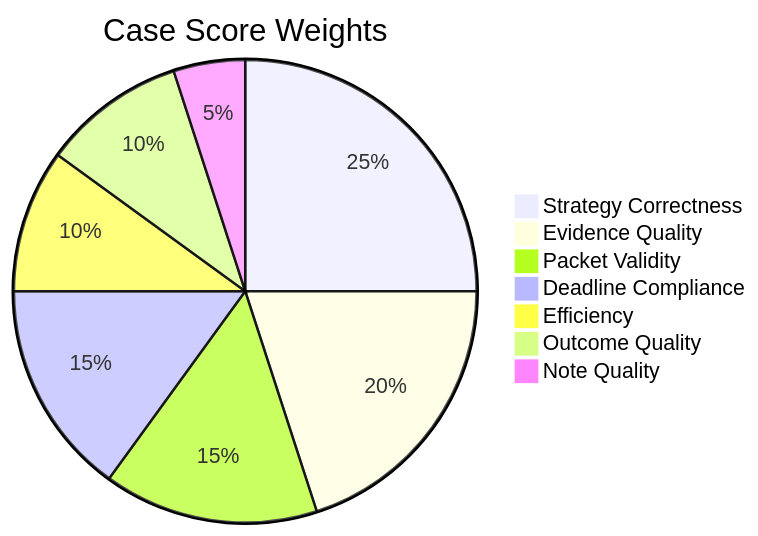
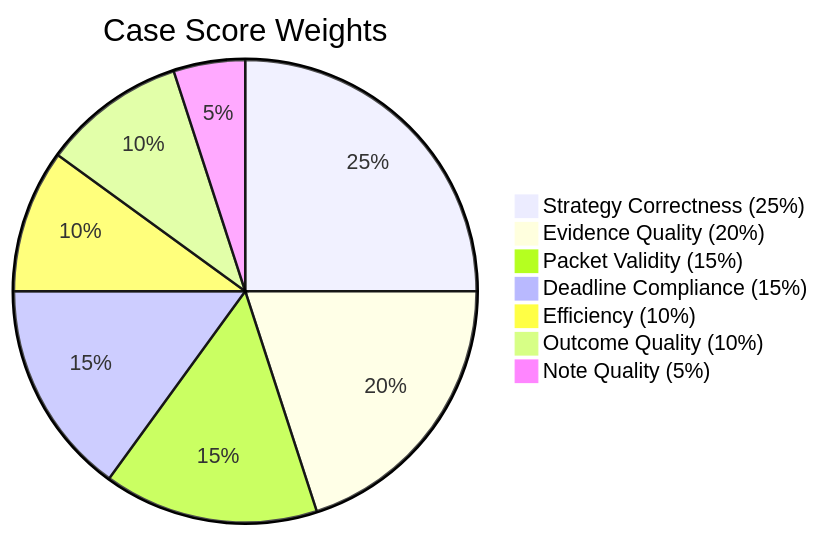
Before and after one commit to MitudruDutta/chargebackops: the fifth of 6 diagrams in README.md, drawn with Mermaid. The commit also changed other lines of this file and 4 other files, not shown here.

First line of the commit message:
Enhance chargeback dispute handling system with improved architecture and decision-making processes

````diff
--- a/README.md
+++ b/README.md
@@ -109,10 +201,10 @@
 ```mermaid
 pie title Case Score Weights
-    "Strategy Correctness" : 25
-    "Evidence Quality" : 20
-    "Packet Validity" : 15
-    "Deadline Compliance" : 15
-    "Efficiency" : 10
-    "Outcome Quality" : 10
-    "Note Quality" : 5
+    "Strategy Correctness (25%)" : 25
+    "Evidence Quality (20%)" : 20
+    "Packet Validity (15%)" : 15
+    "Deadline Compliance (15%)" : 15
+    "Efficiency (10%)" : 10
+    "Outcome Quality (10%)" : 10
+    "Note Quality (5%)" : 5
 ```
````
